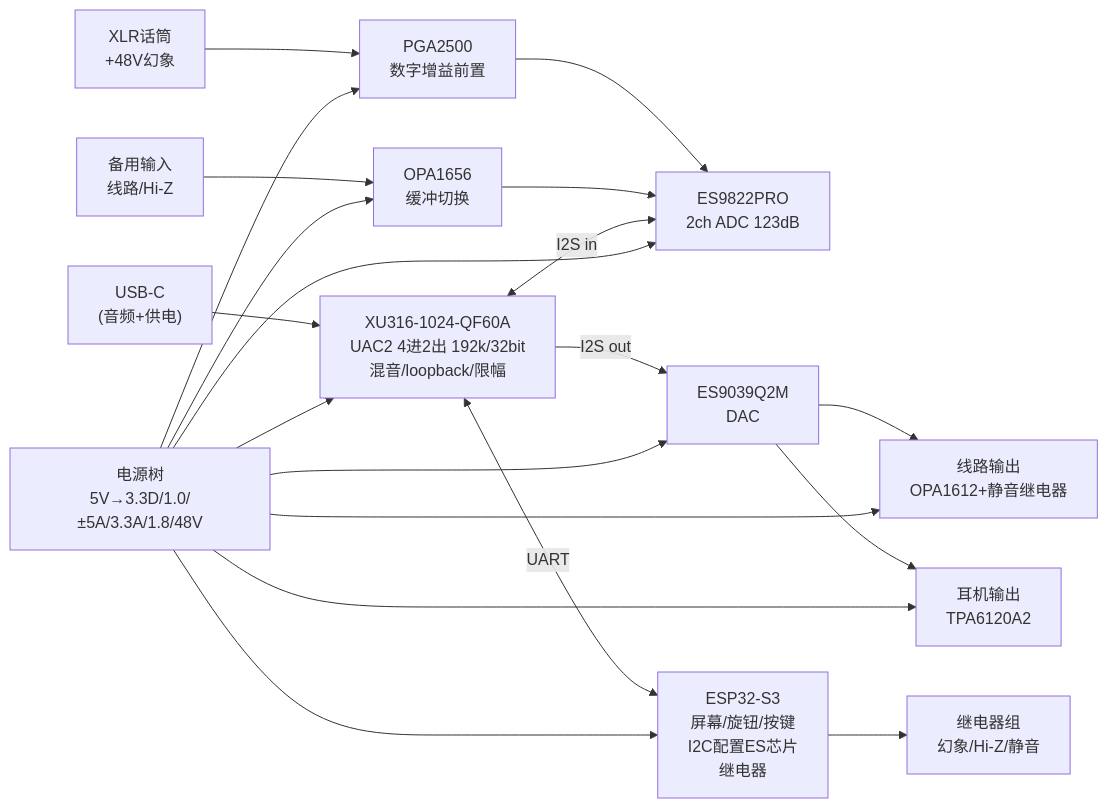
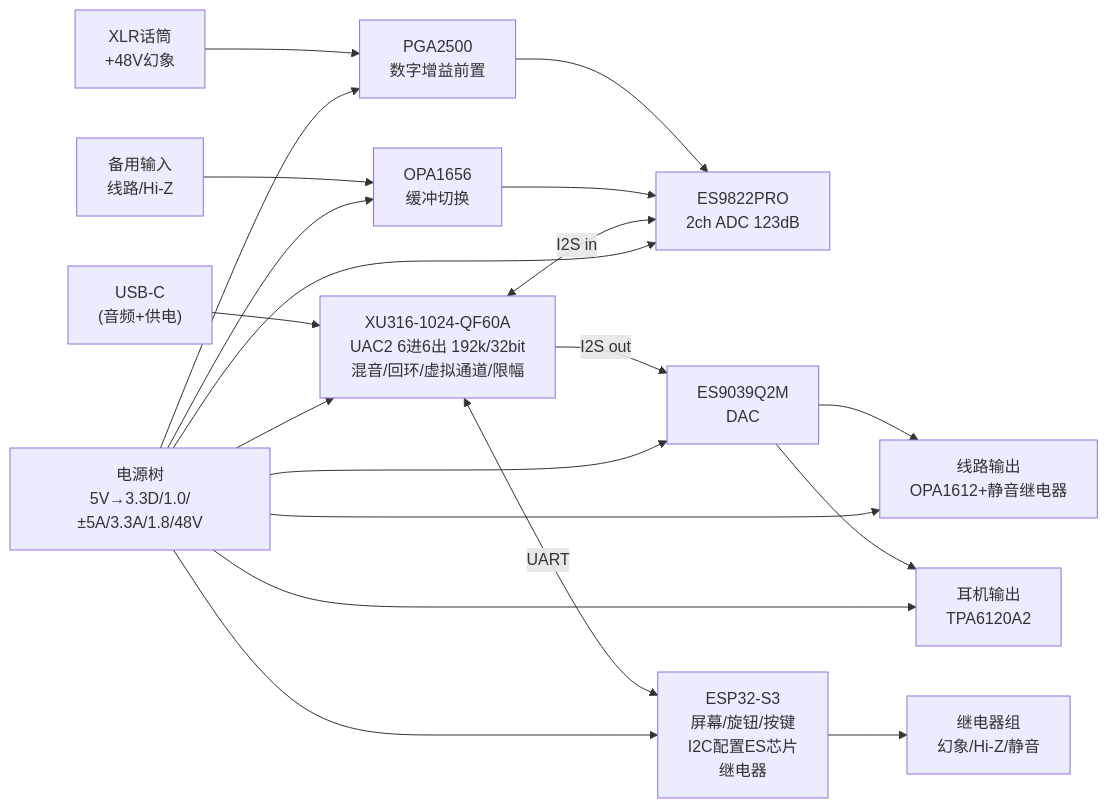
Before and after one commit to keven1229/asio-sound-card: the diagram in docs/schematic/README.md, drawn with Mermaid. The commit also changed other lines of this file and 4 other files, not shown here.

Commit message:
Update hardware selection and design flow

````diff
--- a/docs/schematic/README.md
+++ b/docs/schematic/README.md
@@ -7,15 +7,15 @@
 ```mermaid
 flowchart LR
-  USB["USB-C<br/>(音频+供电)"] --> XU["XU316-1024-QF60A<br/>UAC2 4进2出 192k/32bit<br/>混音/loopback/限幅"]
+  USB["USB-C<br/>(音频+供电)"] --> XU["XU316-1024-QF60A<br/>UAC2 6进6出 192k/32bit<br/>混音/回环/虚拟通道/限幅"]
   MIC["XLR话筒<br/>+48V幻象"] --> PGA["PGA2500<br/>数字增益前置"]
   BACK["备用输入<br/>线路/Hi-Z"] --> BUF["OPA1656<br/>缓冲切换"]
   PGA --> ADC["ES9822PRO<br/>2ch ADC 123dB"]
   BUF --> ADC
   XU --I2S out--> DAC["ES9039Q2M<br/>DAC"]
   XU <--I2S in--> ADC
   DAC --> LINE["线路输出<br/>OPA1612+静音继电器"]
   DAC --> HP["耳机输出<br/>TPA6120A2"]
   XU <--UART--> ESP["ESP32-S3<br/>屏幕/旋钮/按键<br/>I2C配置ES芯片<br/>继电器"]
   ESP --> RELAY["继电器组<br/>幻象/Hi-Z/静音"]
   PWR["电源树<br/>5V→3.3D/1.0/±5A/3.3A/1.8/48V"] --> XU & ADC & DAC & PGA & BUF & LINE & HP & ESP
 ```
````
